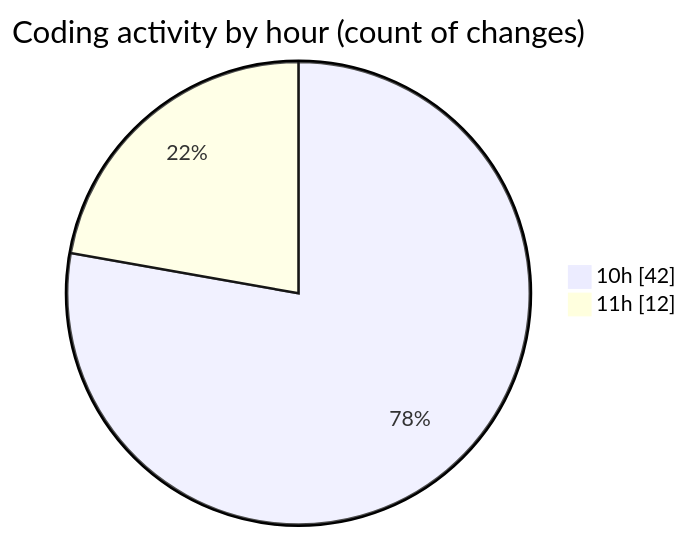
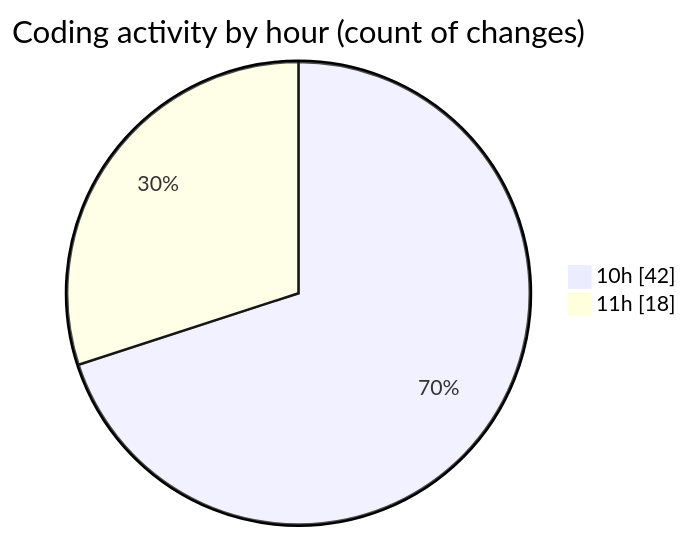
The second of 2 diagrams in 2025-07-04/urlwebwala_intership_work/README.md (Ritupan-Deka/code-tracking), drawn with Mermaid before and after one commit. The commit also changed other lines of this file and 1 other file, not shown here.

````diff
--- a/2025-07-04/urlwebwala_intership_work/README.md
+++ b/2025-07-04/urlwebwala_intership_work/README.md
@@ -30,6 +30,6 @@
 ```mermaid
 pie showData
 title Coding activity by hour (count of changes)
 "10h" : 42
-"11h" : 12
+"11h" : 18
 ```
````
